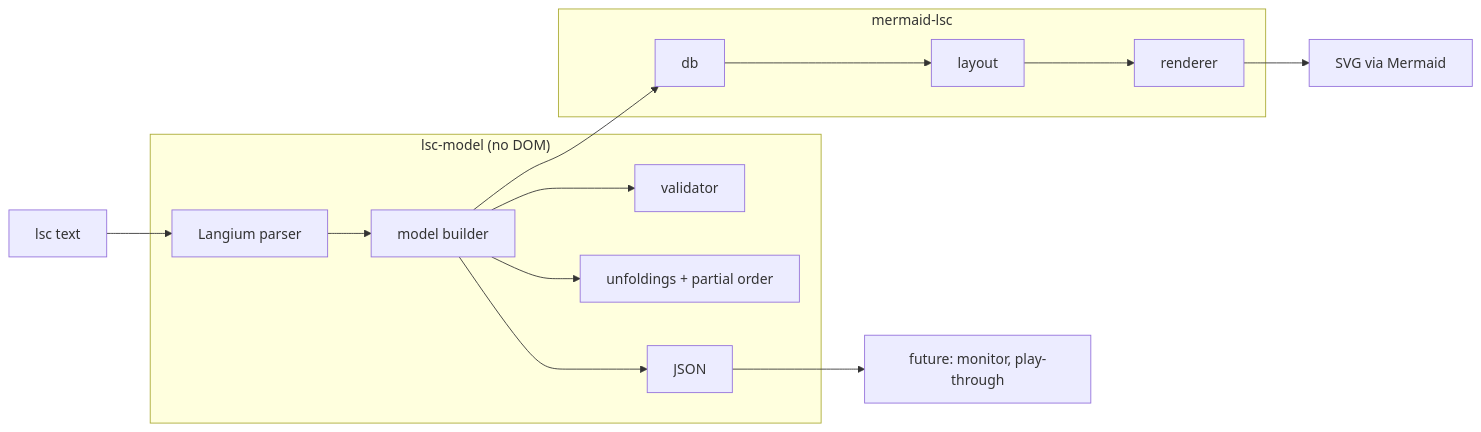
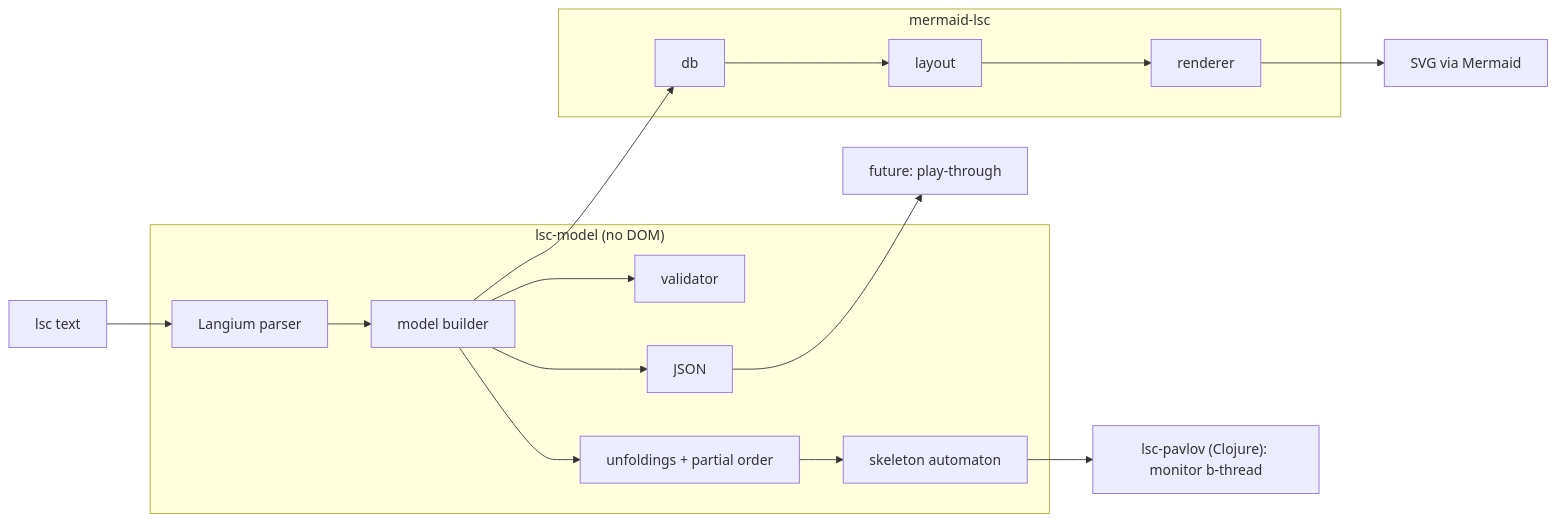
The diagram in docs/Live Sequence Charts for Mermaid — Proposal.md (thomascothran/lsc-mermaid), drawn with Mermaid before and after one commit. The commit also changed other lines of this file and 22 other files, not shown here.

Commit message:
Run basic charts as pavlov monitors: skeletonAutomaton in lsc-model, mermaid-lsc --automaton, and packages/lsc-pavlov (EPL-1.0)

````diff
--- a/docs/Live Sequence Charts for Mermaid — Proposal.md
+++ b/docs/Live Sequence Charts for Mermaid — Proposal.md
@@ -912,16 +920,18 @@
 ```mermaid
 flowchart LR
   text["lsc text"] --> parser
   subgraph model["lsc-model (no DOM)"]
     parser["Langium parser"] --> builder["model builder"]
     builder --> validator
     builder --> po["unfoldings + partial order"]
     builder --> json["JSON"]
+    po --> automaton["skeleton automaton"]
   end
   subgraph plugin["mermaid-lsc"]
     db --> layout --> renderer
   end
   builder --> db
   renderer --> svg["SVG via Mermaid"]
-  json --> future["future: monitor, play-through"]
+  automaton --> pavlov["lsc-pavlov (Clojure): monitor b-thread"]
+  json --> future["future: play-through"]
 ```
````
